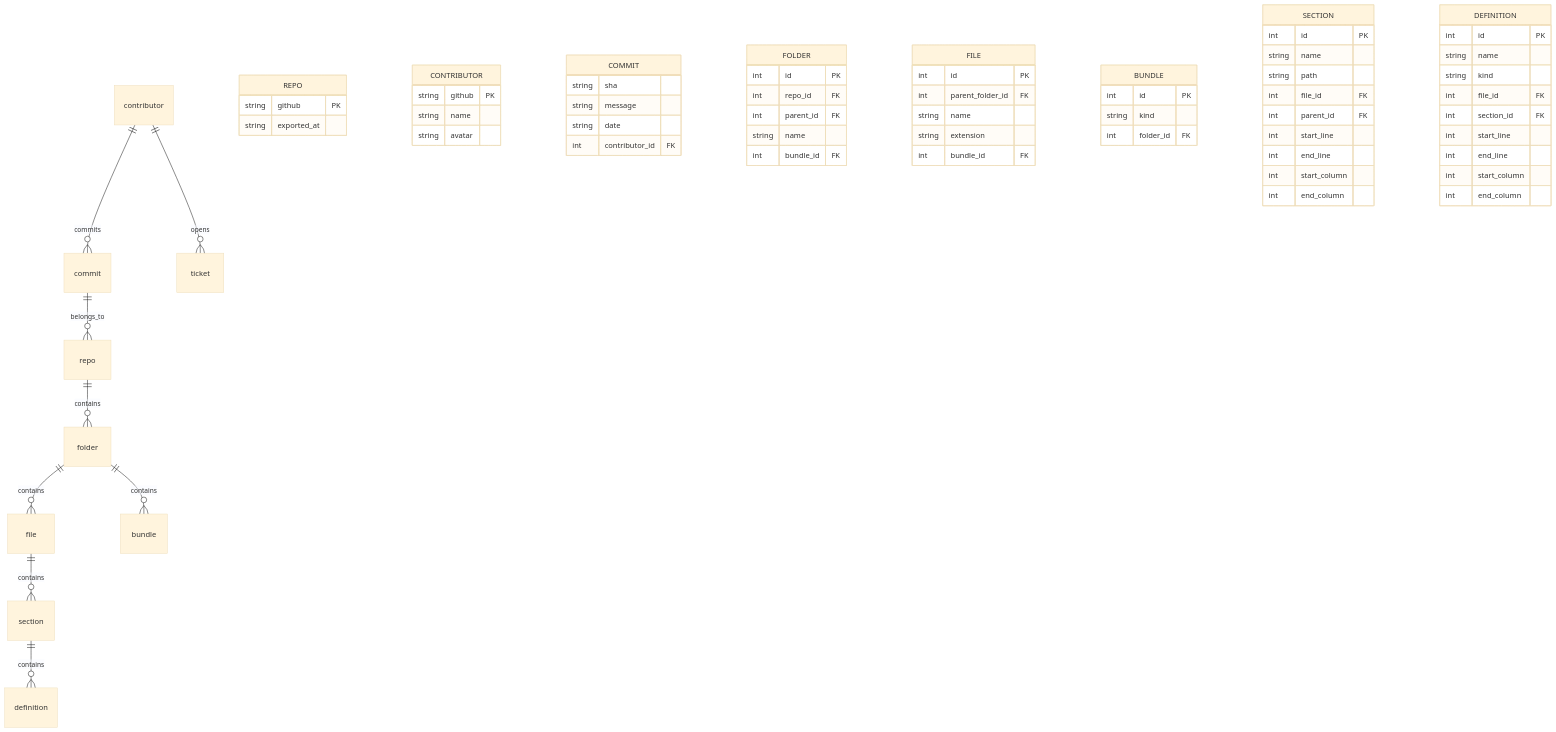
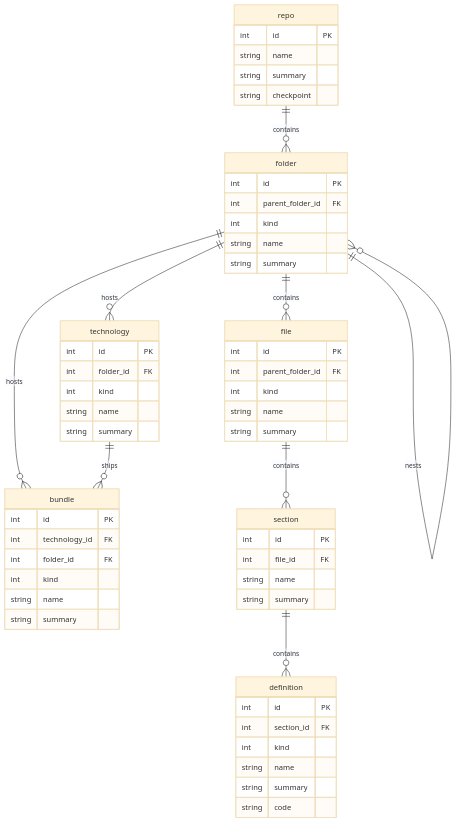
One commit to usalu/semio changed the diagram in 🧰️framework/🛍️products/🦑️repo/🔨️modules/💻️client/🪶️sqlite/README.md. Above: the diagram before and after it, drawn with Mermaid (base theme). The commit also changed other lines of this file and 13618 other files, not shown here.

````diff
--- a/🧰️framework/🛍️products/🦑️repo/🔨️modules/💻️client/🪶️sqlite/README.md
+++ b/🧰️framework/🛍️products/🦑️repo/🔨️modules/💻️client/🪶️sqlite/README.md
@@ -13,67 +25,60 @@
 ```mermaid
 erDiagram
-    contributor ||--o{ commit : commits
-    contributor ||--o{ ticket : opens
-    commit ||--o{ repo : belongs_to
     repo ||--o{ folder : contains
+    folder ||--o{ folder : nests
+    folder ||--o{ technology : hosts
+    folder ||--o{ bundle : hosts
+    technology ||--o{ bundle : ships
     folder ||--o{ file : contains
-    folder ||--o{ bundle : contains
     file ||--o{ section : contains
     section ||--o{ definition : contains
-    REPO {
-        string github PK
-        string exported_at
+    repo {
+        int id PK
+        string name
+        string summary
+        string checkpoint
     }
-    CONTRIBUTOR {
-        string github PK
-        string name
-        string avatar
-    }
-    COMMIT {
-        string sha
-        string message
-        string date
-        int contributor_id FK
-    }
-    FOLDER {
-        int id PK
-        int repo_id FK
-        int parent_id FK
-        string name
-        int bundle_id FK
-    }
-    FILE {
+    folder {
         int id PK
         int parent_folder_id FK
+        int kind
         string name
-        string extension
-        int bundle_id FK
+        string summary
     }
-    BUNDLE {
+    technology {
         int id PK
-        string kind
         int folder_id FK
+        int kind
+        string name
+        string summary
     }
-    SECTION {
+    bundle {
         int id PK
+        int technology_id FK
+        int folder_id FK
+        int kind
         string name
-        string path
+        string summary
+    }
+    file {
+        int id PK
+        int parent_folder_id FK
+        int kind
+        string name
+        string summary
+    }
+    section {
+        int id PK
         int file_id FK
-        int parent_id FK
-        int start_line
-        int end_line
-        int start_column
-        int end_column
+        string name
+        string summary
     }
-    DEFINITION {
+    definition {
         int id PK
+        int section_id FK
+        int kind
         string name
-        string kind
-        int file_id FK
-        int section_id FK
-        int start_line
-        int end_line
-        int start_column
-        int end_column
+        string summary
+        string code
     }
 ```
````
